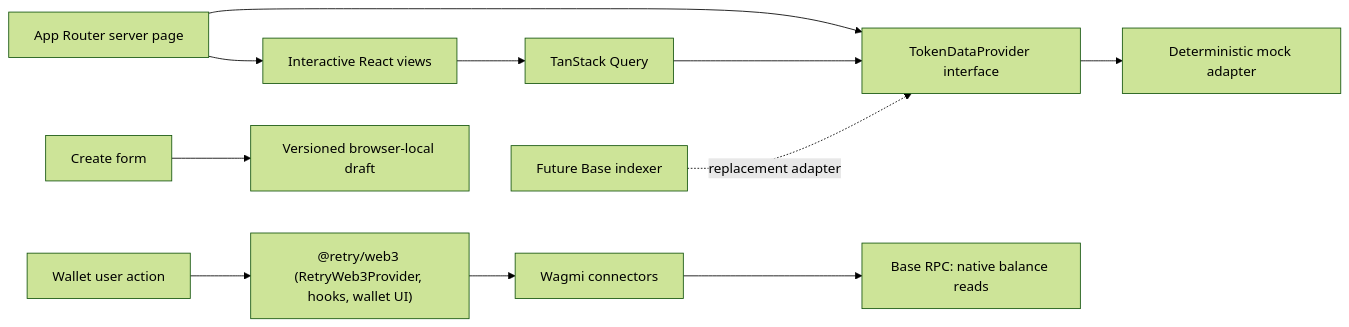
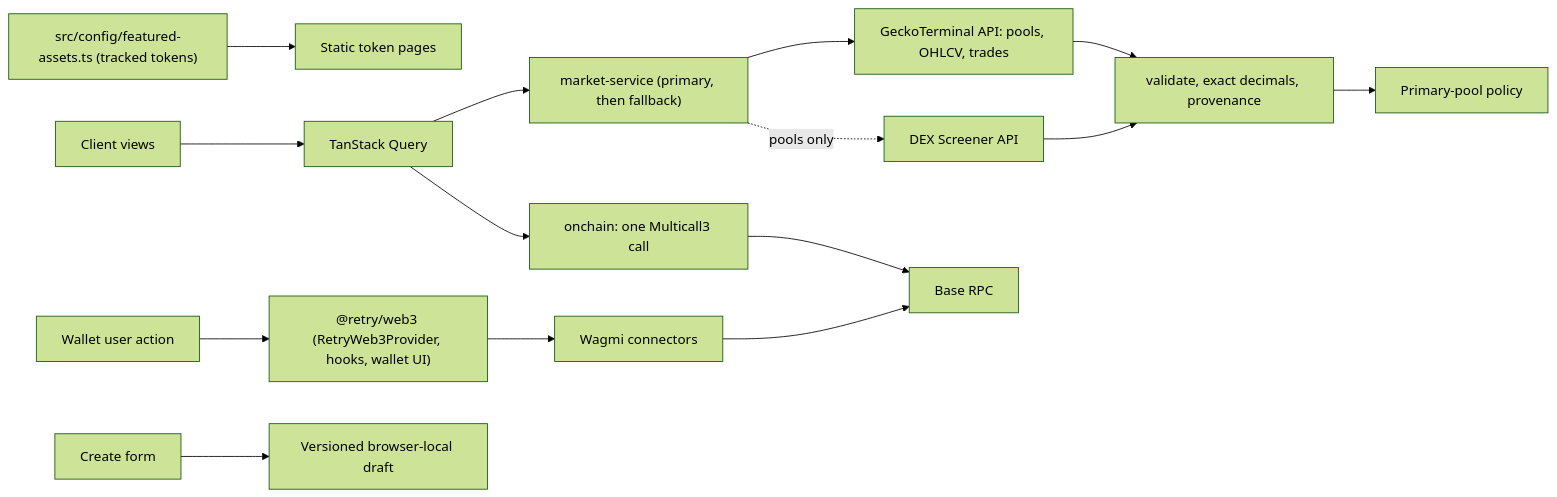
One commit to ArthurBudagMatsuda/launchpadlendaria changed the diagram in docs/ARCHITECTURE.md. Above: the diagram before and after it, drawn with Mermaid (forest theme). The commit also changed other lines of this file and 3 other files, not shown here.

First line of the commit message:
docs: describe the real market data flow and its hosting limits

````diff
--- a/docs/ARCHITECTURE.md
+++ b/docs/ARCHITECTURE.md
@@ -11,13 +11,17 @@
 ```mermaid
 flowchart LR
-  Page[App Router server page] --> Provider[TokenDataProvider interface]
-  Provider --> Demo[Deterministic mock adapter]
-  Page --> UI[Interactive React views]
-  UI --> Query[TanStack Query]
-  Query --> Provider
+  Config["src/config/featured-assets.ts (tracked tokens)"] --> Pages[Static token pages]
+  UI[Client views] --> Query[TanStack Query]
+  Query --> Service["market-service (primary, then fallback)"]
+  Service --> Gecko["GeckoTerminal API: pools, OHLCV, trades"]
+  Service -.->|pools only| Dex[DEX Screener API]
+  Gecko --> Normalize["validate, exact decimals, provenance"]
+  Dex --> Normalize
+  Normalize --> Policy[Primary-pool policy]
+  Query --> Onchain["onchain: one Multicall3 call"]
+  Onchain --> RPC[Base RPC]
   Wallet[Wallet user action] --> Web3["@retry/web3 (RetryWeb3Provider, hooks, wallet UI)"]
   Web3 --> Wagmi[Wagmi connectors]
-  Wagmi --> RPC[Base RPC: native balance reads]
+  Wagmi --> RPC
   Browser[Create form] --> Draft[Versioned browser-local draft]
-  Indexer[Future Base indexer] -. replacement adapter .-> Provider
 ```
````
